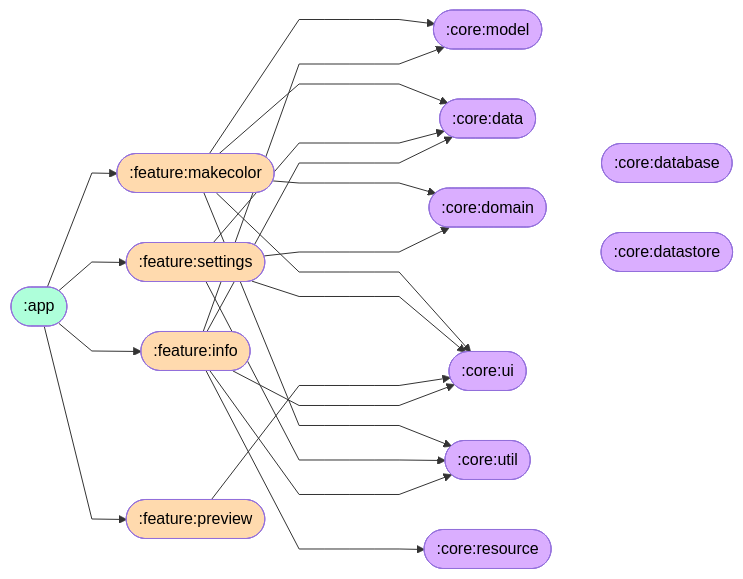
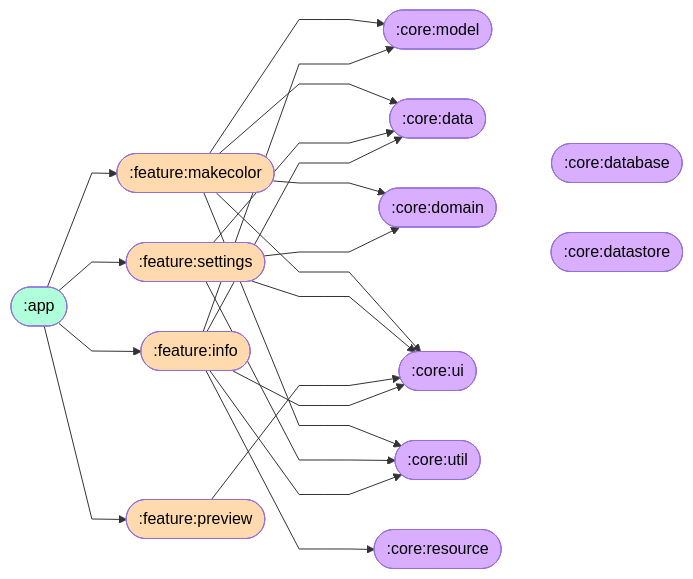
One commit to kosenda/MultiColorPicker changed the diagram in README.md. Above: the diagram before and after it, drawn with Mermaid.

Commit message:
docs: short line in mermaid
[skip ci]

````diff
--- a/README.md
+++ b/README.md
@@ -50,35 +50,35 @@
 ```mermaid
 flowchart LR
 %%{init: {'flowchart' : {'curve' : 'linear'}}}%%
 
   classDef appModule fill:#AEFFDA,color:#000
   classDef featureModule fill:#FFDAAE,color:#000
   classDef coreModule fill:#DAAEFF,color:#000
   
   A1([:app]):::appModule --> B1([:feature:makecolor]):::featureModule
   A1 --> B2([:feature:settings]):::featureModule
   A1 --> B3([:feature:preview]):::featureModule
   A1 --> B4([:feature:info]):::featureModule
   
-  B1 ----> C1([:core:model]):::coreModule 
-  B1 ----> C2
-  B1 ----> C5
-  B1 ----> C7
-  B1 ----> C8
+  B1 ---> C1([:core:model]):::coreModule 
+  B1 ---> C2
+  B1 ---> C5
+  B1 ---> C7
+  B1 ---> C8
   
-  B2 ----> C2([:core:data]):::coreModule
-  B2 ----> C5([:core:domain]):::coreModule
-  B2 ----> C7([:core:ui]):::coreModule
-  B2 ----> C8([:core:util]):::coreModule
+  B2 ---> C2([:core:data]):::coreModule
+  B2 ---> C5([:core:domain]):::coreModule
+  B2 ---> C7([:core:ui]):::coreModule
+  B2 ---> C8([:core:util]):::coreModule
   
-  B3 ----> C7
+  B3 ---> C7
   
-  B4 ----> C2
-  B4 ----> C1
-  B4 ----> C6([:core:resource]):::coreModule
-  B4 ----> C7
-  B4 ----> C8
+  B4 ---> C2
+  B4 ---> C1
+  B4 ---> C6([:core:resource]):::coreModule
+  B4 ---> C7
+  B4 ---> C8
   
   C5 ~~~ C3([:core:database]):::coreModule
   C5 ~~~ C4([:core:datastore]):::coreModule
 ```
````
